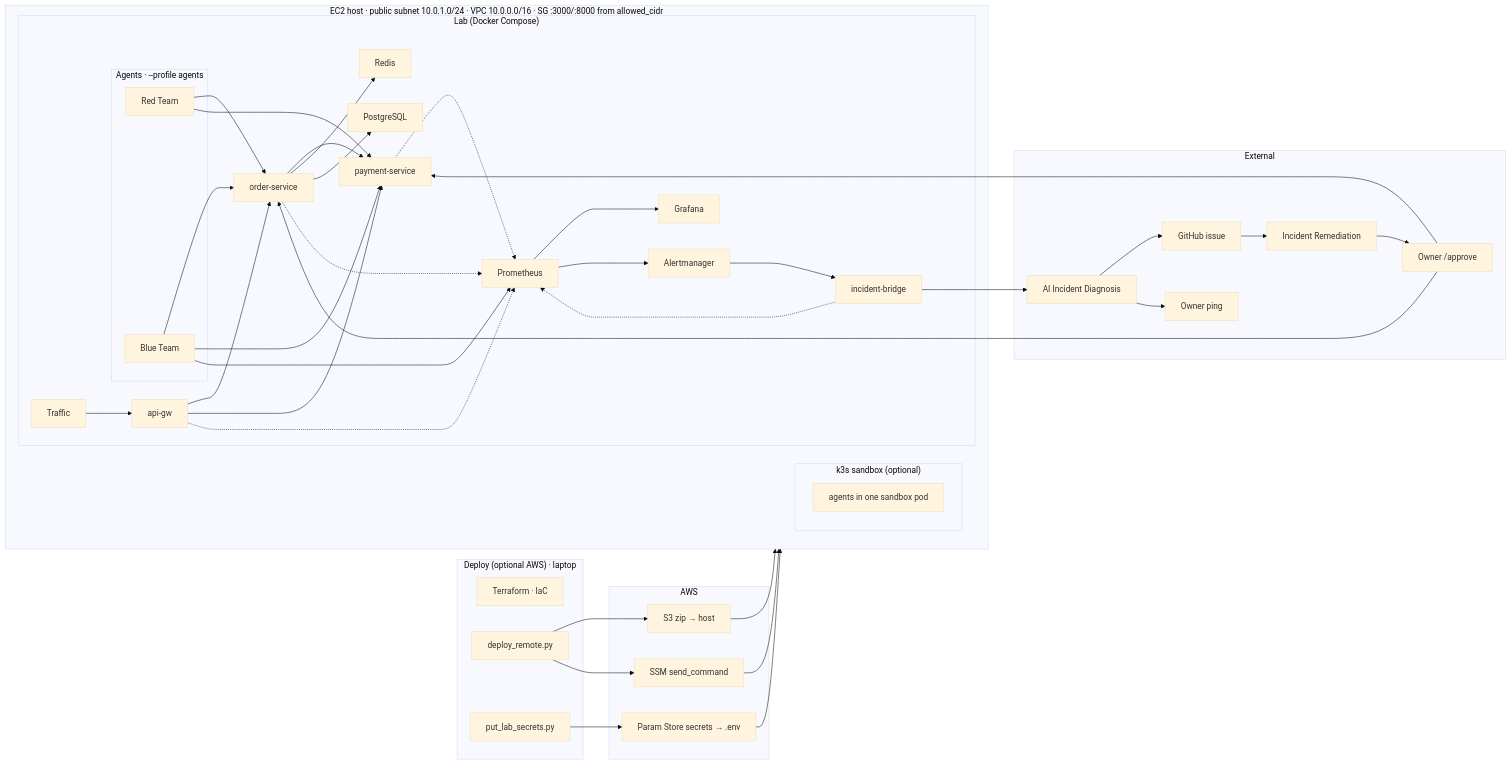
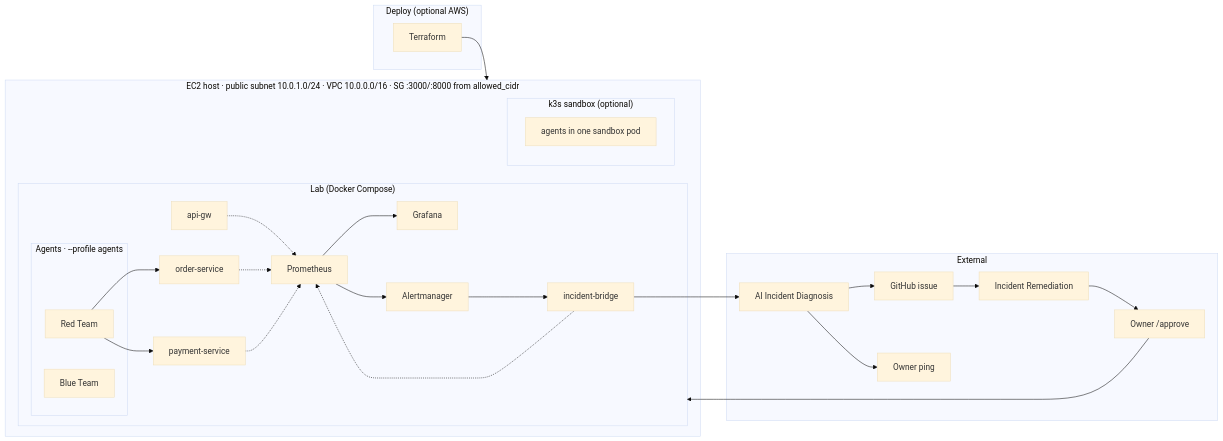
Before and after one commit to ritvikindupuri/ResilienceOps: the diagram in docs/architecture.mmd, drawn with Mermaid. The commit also changed 6 other files, not shown here.

First line of the commit message:
Rewrite the README for a first-time operator and uncrowd the figure.

```diff
--- a/docs/architecture.mmd
+++ b/docs/architecture.mmd
@@ -1,75 +1,47 @@
 %%{init: { "theme": "base", "flowchart": { "curve": "basis" } }}%%
 flowchart LR
-  TF["Terraform · IaC"]
-  DEPLOY["deploy_remote.py"]
-  SECRETS["put_lab_secrets.py"]
-  subgraph laptop ["Deploy (optional AWS) · laptop"]
+  TF["Terraform"]
+  subgraph aws ["Deploy (optional AWS)"]
     TF
-    SECRETS
-    DEPLOY
-  end
-  subgraph aws ["AWS"]
-    S3["S3 zip → host"]
-    PARAM["Param Store secrets → .env"]
-    SSM["SSM send_command"]
   end
   subgraph host ["EC2 host · public subnet 10.0.1.0/24 · VPC 10.0.0.0/16 · SG :3000/:8000 from allowed_cidr"]
     subgraph compose ["Lab (Docker Compose)"]
       subgraph agents ["Agents · --profile agents"]
         RED[Red Team]
         BLUE[Blue Team]
       end
-      TG[Traffic]
       GW[api-gw]
       OS[order-service]
       PS[payment-service]
-      RD[Redis]
-      PG[PostgreSQL]
       PROM[Prometheus]
       GRAF[Grafana]
       AM[Alertmanager]
       BR["incident-bridge"]
-      TG --> GW
-      GW --> OS
-      GW --> PS
-      OS --> PS
-      OS --> RD
-      OS --> PG
       GW -.-> PROM
       OS -.-> PROM
       PS -.-> PROM
       PROM --> GRAF
       PROM --> AM
       AM --> BR
       BR -.-> PROM
     end
     subgraph k3sopt ["k3s sandbox (optional)"]
       K3S["agents in one sandbox pod"]
     end
   end
   subgraph ext ["External"]
     BOT["AI Incident Diagnosis"]
     GH["GitHub issue"]
     PING["Owner ping"]
     REM["Incident Remediation"]
     OWN["Owner /approve"]
     BOT --> GH
     BOT --> PING
     GH --> REM
     REM --> OWN
   end
-  OWN --> OS
-  OWN --> PS
-
-  DEPLOY --> S3
-  DEPLOY --> SSM
-  SECRETS --> PARAM
-  S3 --> host
-  SSM --> host
-  PARAM --> host
+  TF --> host
   RED --> OS
   RED --> PS
-  BLUE --> OS
-  BLUE --> PS
-  BLUE --> PROM
   BR --> BOT
+  OWN --> compose
```
